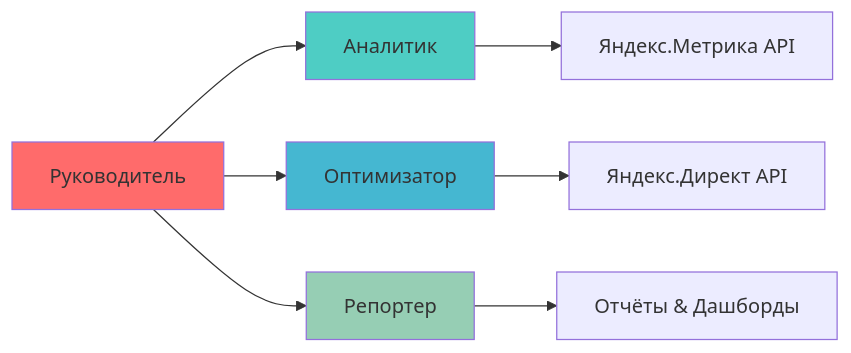
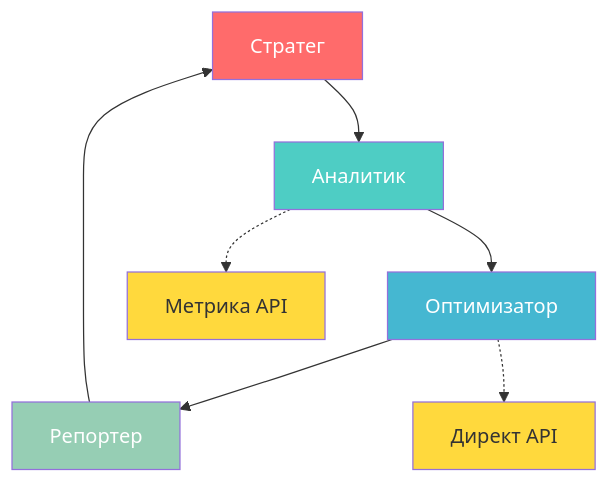
The diagram in presentation.md (NNSTD-cloud-ru-hack-2025/analytic-docs), drawn with Mermaid before and after one commit. The commit also changed other lines of this file, not shown here.

````diff
--- a/presentation.md
+++ b/presentation.md
@@ -100,13 +77,15 @@
 ```mermaid
-graph LR
-    A[Руководитель] --> B[Аналитик]
-    A --> C[Оптимизатор]
-    A --> D[Репортер]
-    B --> E[Яндекс.Метрика API]
-    C --> F[Яндекс.Директ API]
-    D --> G[Отчёты & Дашборды]
-    style A fill:#ff6b6b
-    style B fill:#4ecdc4
-    style C fill:#45b7d1
-    style D fill:#96ceb4
+graph TB
+    S[Стратег] --> A[Аналитик]
+    A --> O[Оптимизатор]
+    O --> R[Репортер]
+    R --> S
+    A -.-> M[Метрика API]
+    O -.-> D[Директ API]
+    style S fill:#ff6b6b,color:#fff
+    style A fill:#4ecdc4,color:#fff
+    style O fill:#45b7d1,color:#fff
+    style R fill:#96ceb4,color:#fff
+    style M fill:#ffd93d,color:#333
+    style D fill:#ffd93d,color:#333
 ```
````
